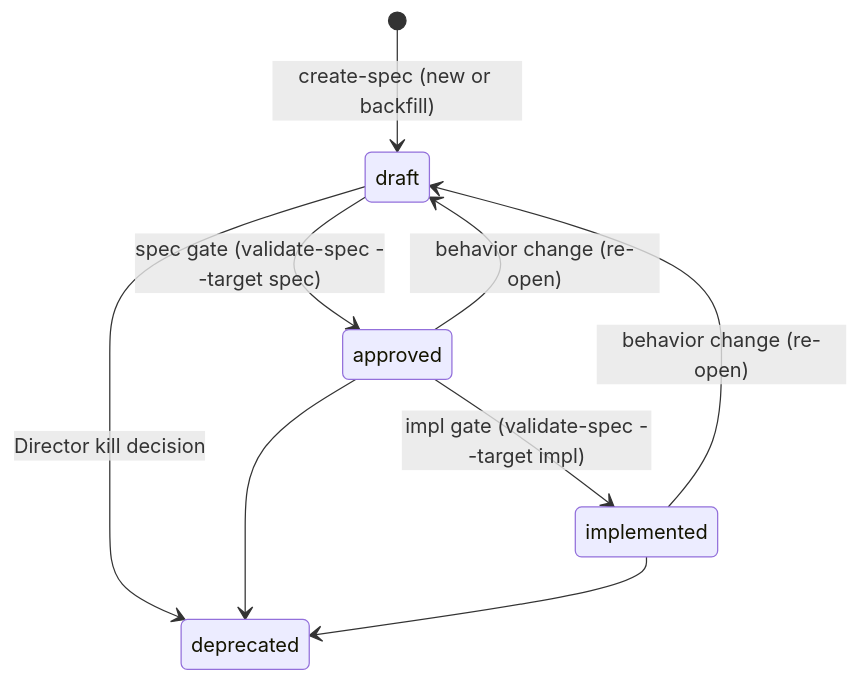
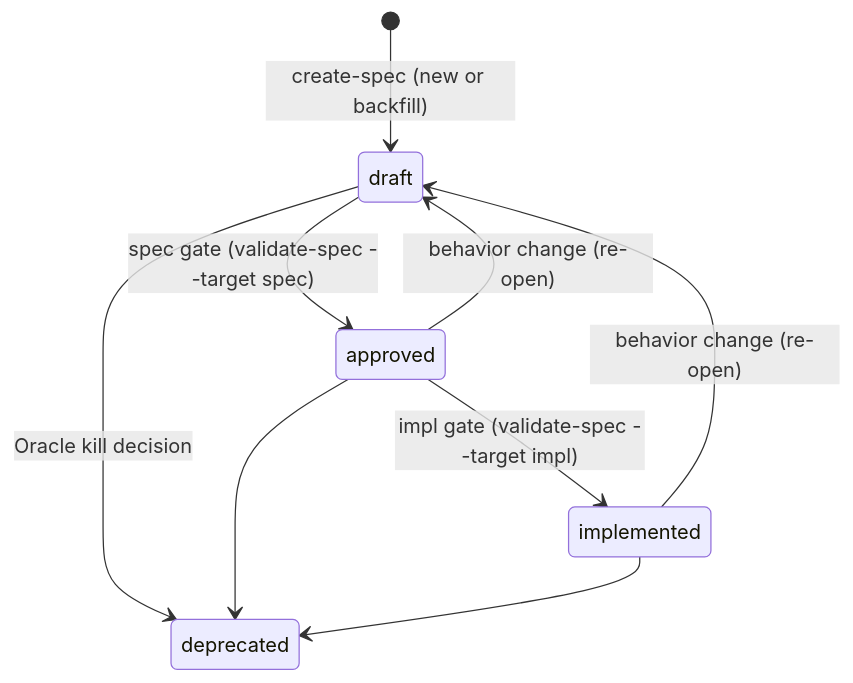
The diagram in plugins/sdd/skills/lifecycle-governance/SKILL.md (cyberuni/cyber-sdd), drawn with Mermaid before and after one commit. The commit also changed other lines of this file and 36 other files, not shown here.

First line of the commit message:
refactor(sdd): rename Director actor to Oracle

````diff
--- a/plugins/sdd/skills/lifecycle-governance/SKILL.md
+++ b/plugins/sdd/skills/lifecycle-governance/SKILL.md
@@ -90,11 +90,11 @@
 ```mermaid
 stateDiagram-v2
     [*] --> draft: create-spec (new or backfill)
     draft --> approved: spec gate (validate-spec --target spec)
     approved --> implemented: impl gate (validate-spec --target impl)
     approved --> draft: behavior change (re-open)
     implemented --> draft: behavior change (re-open)
-    draft --> deprecated: Director kill decision
+    draft --> deprecated: Oracle kill decision
     approved --> deprecated
     implemented --> deprecated
 ```
````
